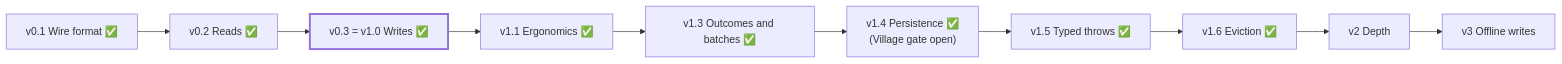
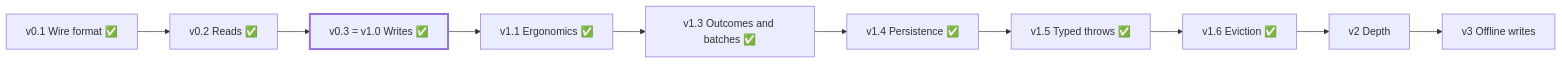
The second of 2 diagrams in docs/ARCHITECTURE.md (winsmith/ion-kit), drawn with Mermaid before and after one commit. The commit also changed other lines of this file, not shown here.

First line of the commit message:
Milestones: tick the Village gate for v1.4 now that Village PR 19 merged

````diff
--- a/docs/ARCHITECTURE.md
+++ b/docs/ARCHITECTURE.md
@@ -491,5 +491,5 @@
 ```mermaid
 flowchart LR
-    v01["v0.1 Wire format ✅"] --> v02["v0.2 Reads ✅"] --> v03["v0.3 = v1.0 Writes ✅"] --> v1x["v1.1 Ergonomics ✅"] --> v13["v1.3 Outcomes and batches ✅"] --> v14["v1.4 Persistence ✅<br/>(Village gate open)"] --> v15["v1.5 Typed throws ✅"] --> v16["v1.6 Eviction ✅"] --> v2["v2 Depth"] --> v3["v3 Offline writes"]
+    v01["v0.1 Wire format ✅"] --> v02["v0.2 Reads ✅"] --> v03["v0.3 = v1.0 Writes ✅"] --> v1x["v1.1 Ergonomics ✅"] --> v13["v1.3 Outcomes and batches ✅"] --> v14["v1.4 Persistence ✅"] --> v15["v1.5 Typed throws ✅"] --> v16["v1.6 Eviction ✅"] --> v2["v2 Depth"] --> v3["v3 Offline writes"]
     style v03 stroke-width:3px
 ```
````
